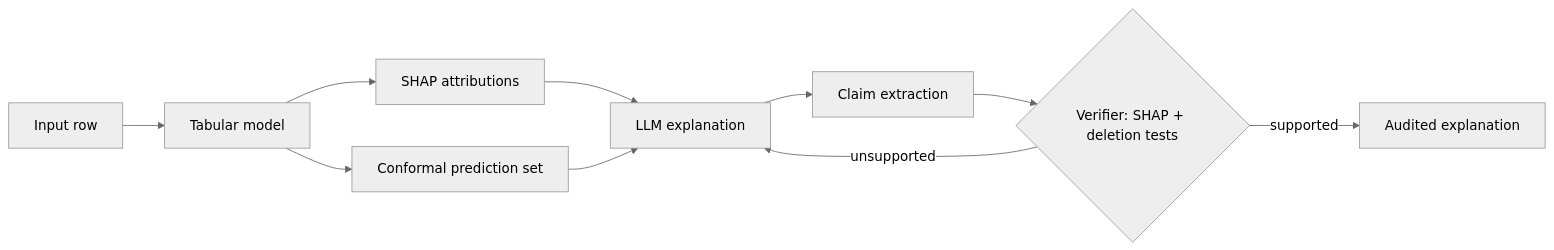
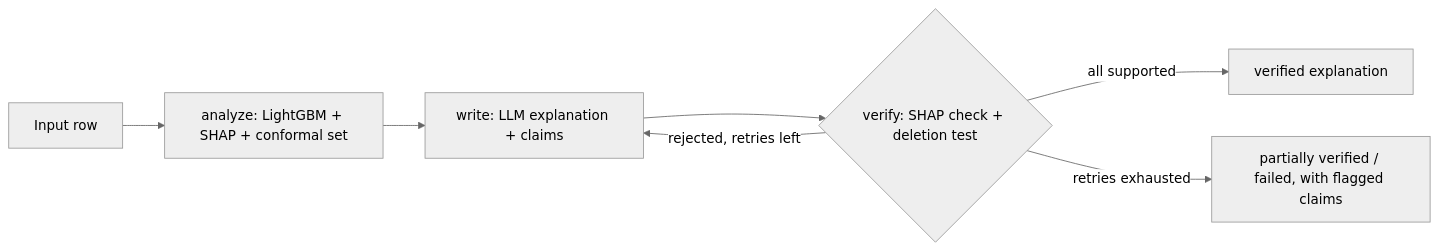
Before and after one commit to avanikumar/TrustAudit: the diagram in README.md, drawn with Mermaid (neutral theme). The commit also changed other lines of this file and 34 other files, not shown here.

Commit message:
Complete TrustAudit: verifier,LLM writer ,LangGraphagent, evaluation,API

````diff
--- a/README.md
+++ b/README.md
@@ -26,12 +15,9 @@
 ```mermaid
 flowchart LR
-    A[Input row] --> B[Tabular model]
-    B --> C[SHAP attributions]
-    B --> D[Conformal prediction set]
-    C --> E[LLM explanation]
-    D --> E
-    E --> F[Claim extraction]
-    F --> G{Verifier: SHAP + deletion tests}
-    G -- supported --> H[Audited explanation]
-    G -- unsupported --> E
+    A[Input row] --> B[analyze: LightGBM + SHAP + conformal set]
+    B --> C[write: LLM explanation + claims]
+    C --> D{verify: SHAP check + deletion test}
+    D -- all supported --> E[verified explanation]
+    D -- rejected, retries left --> C
+    D -- retries exhausted --> F[partially verified / failed, with flagged claims]
 ```
````
